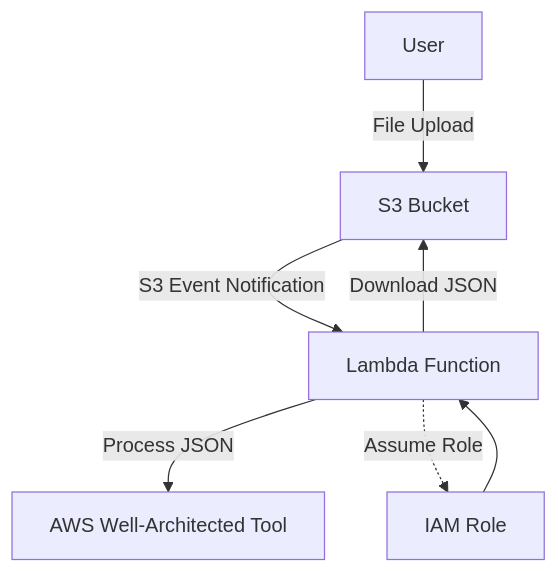
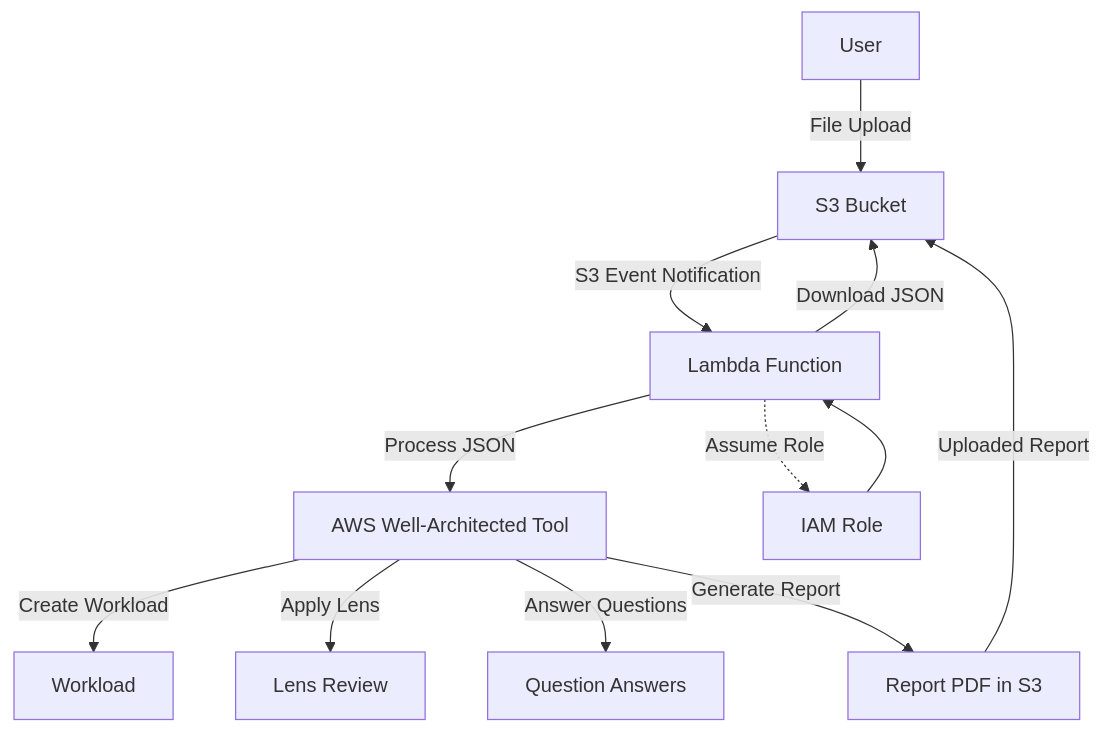
One commit to awsdataarchitect/waf-custom-lens-automation changed the diagram in diagram.mmd. Above: the diagram before and after it, drawn with Mermaid. The commit also changed 7 other files, not shown here.

Commit message:
AWS Well-Architected Workload, Lens Review and Report Generation

```diff
--- a/diagram.mmd
+++ b/diagram.mmd
@@ -1,7 +1,12 @@
 graph TD;
     A[S3 Bucket] -->|S3 Event Notification| B[Lambda Function];
     B -->|Process JSON| C[AWS Well-Architected Tool];
     B -->|Download JSON| A;
     B -.->|Assume Role| D[IAM Role];
     D --> B;
     X[User] --> |File Upload| A[S3 Bucket];
+    C -->|Create Workload| E[Workload];
+    C -->|Apply Lens| F[Lens Review];
+    C -->|Answer Questions| G[Question Answers];
+    C -->|Generate Report| H[Report PDF in S3];
+    H -->|Uploaded Report| A;
```
